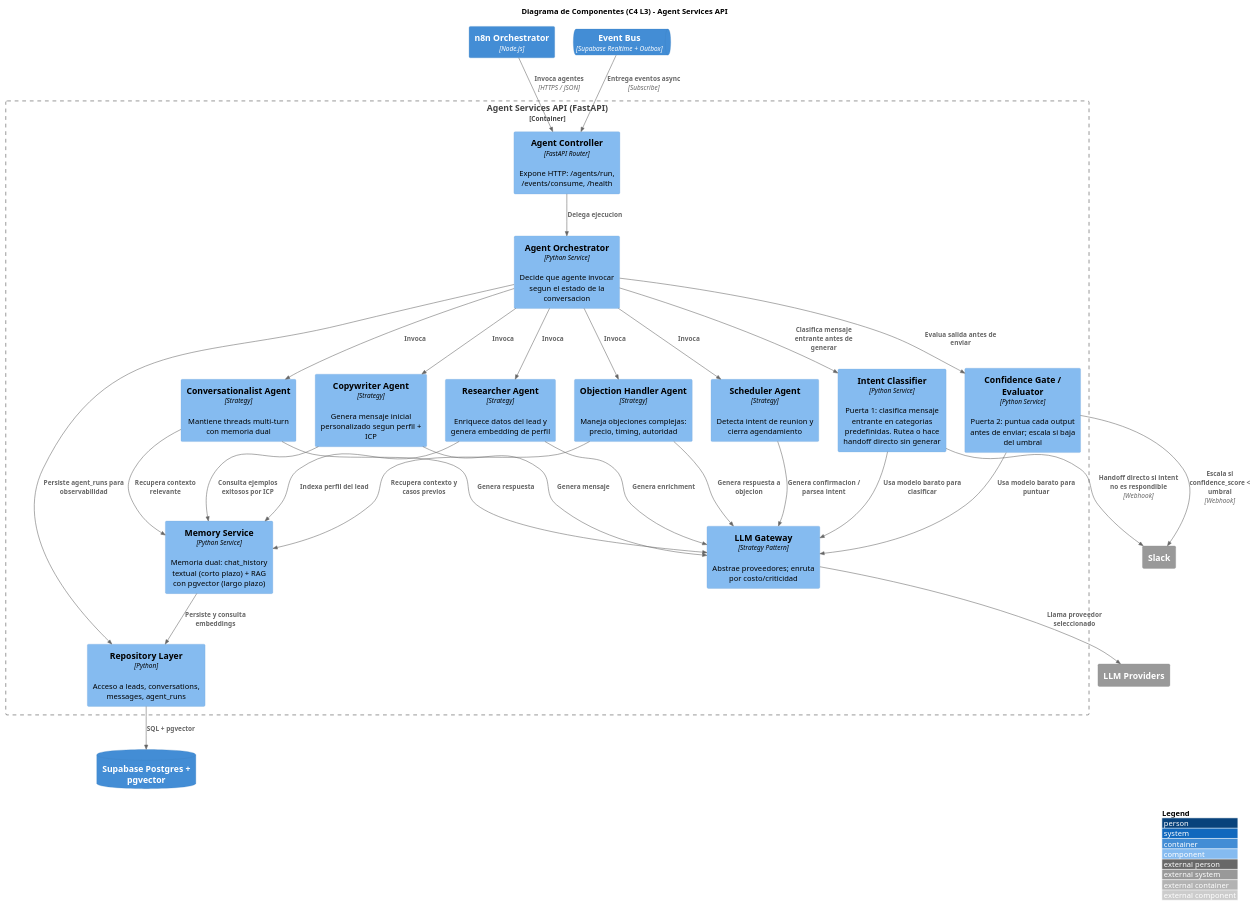
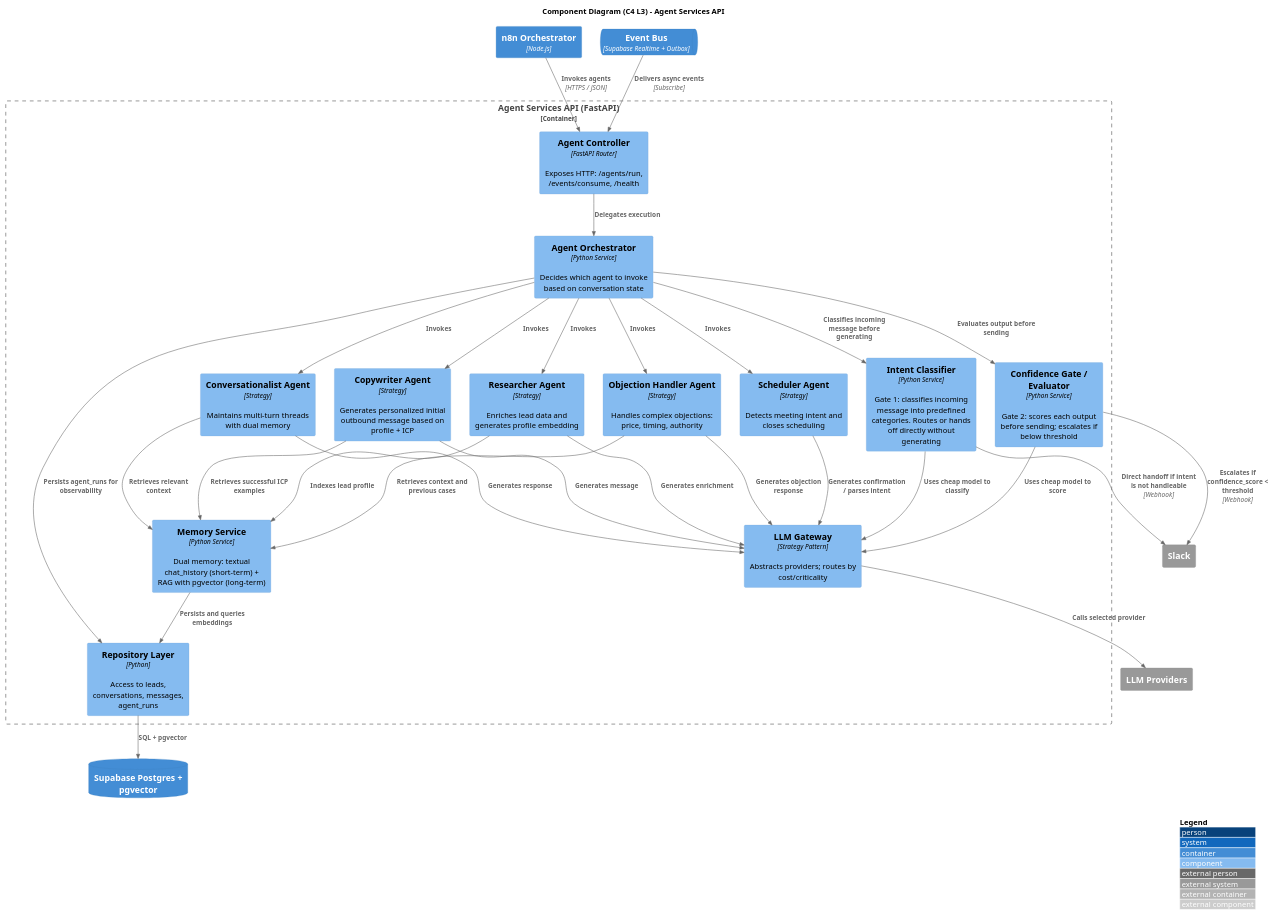
The third of 5 diagrams in docs/arquitectura-zolvo.md (esyepesv/zolvo-prototype), drawn with PlantUML before and after one commit. The commit also changed other lines of this file and 10 other files, not shown here.

First line of the commit message:
docs: translate all documentation to English; add Docker support and graphical dashboard

````diff
--- a/docs/arquitectura-zolvo.md
+++ b/docs/arquitectura-zolvo.md
@@ -308,68 +308,68 @@
 ```plantuml
 @startuml C4_Component_AgentServices
 !include https://raw.githubusercontent.com/plantuml-stdlib/C4-PlantUML/master/C4_Component.puml
 
 LAYOUT_WITH_LEGEND()
-title Diagrama de Componentes (C4 L3) - Agent Services API
+title Component Diagram (C4 L3) - Agent Services API
 
 Container(n8n, "n8n Orchestrator", "Node.js")
 ContainerQueue(event_bus, "Event Bus", "Supabase Realtime + Outbox")
 ContainerDb(db, "Supabase Postgres + pgvector")
 System_Ext(llm, "LLM Providers")
 System_Ext(slack, "Slack")
 
 Container_Boundary(api, "Agent Services API (FastAPI)") {
-    Component(controller, "Agent Controller", "FastAPI Router", "Expone HTTP: /agents/run, /events/consume, /health")
-    Component(orchestrator, "Agent Orchestrator", "Python Service", "Decide que agente invocar segun el estado de la conversacion")
+    Component(controller, "Agent Controller", "FastAPI Router", "Exposes HTTP: /agents/run, /events/consume, /health")
+    Component(orchestrator, "Agent Orchestrator", "Python Service", "Decides which agent to invoke based on conversation state")
 
-    Component(intent_classifier, "Intent Classifier", "Python Service", "Puerta 1: clasifica mensaje entrante en categorias predefinidas. Rutea o hace handoff directo sin generar")
+    Component(intent_classifier, "Intent Classifier", "Python Service", "Gate 1: classifies incoming message into predefined categories. Routes or hands off directly without generating")
 
-    Component(researcher, "Researcher Agent", "Strategy", "Enriquece datos del lead y genera embedding de perfil")
-    Component(copywriter, "Copywriter Agent", "Strategy", "Genera mensaje inicial personalizado segun perfil + ICP")
-    Component(conversationalist, "Conversationalist Agent", "Strategy", "Mantiene threads multi-turn con memoria dual")
-    Component(objection_handler, "Objection Handler Agent", "Strategy", "Maneja objeciones complejas: precio, timing, autoridad")
-    Component(scheduler, "Scheduler Agent", "Strategy", "Detecta intent de reunion y cierra agendamiento")
+    Component(researcher, "Researcher Agent", "Strategy", "Enriches lead data and generates profile embedding")
+    Component(copywriter, "Copywriter Agent", "Strategy", "Generates personalized initial outbound message based on profile + ICP")
+    Component(conversationalist, "Conversationalist Agent", "Strategy", "Maintains multi-turn threads with dual memory")
+    Component(objection_handler, "Objection Handler Agent", "Strategy", "Handles complex objections: price, timing, authority")
+    Component(scheduler, "Scheduler Agent", "Strategy", "Detects meeting intent and closes scheduling")
 
-    Component(evaluator, "Confidence Gate / Evaluator", "Python Service", "Puerta 2: puntua cada output antes de enviar; escala si baja del umbral")
-    Component(memory, "Memory Service", "Python Service", "Memoria dual: chat_history textual (corto plazo) + RAG con pgvector (largo plazo)")
-    Component(llm_gateway, "LLM Gateway", "Strategy Pattern", "Abstrae proveedores; enruta por costo/criticidad")
-    Component(repos, "Repository Layer", "Python", "Acceso a leads, conversations, messages, agent_runs")
+    Component(evaluator, "Confidence Gate / Evaluator", "Python Service", "Gate 2: scores each output before sending; escalates if below threshold")
+    Component(memory, "Memory Service", "Python Service", "Dual memory: textual chat_history (short-term) + RAG with pgvector (long-term)")
+    Component(llm_gateway, "LLM Gateway", "Strategy Pattern", "Abstracts providers; routes by cost/criticality")
+    Component(repos, "Repository Layer", "Python", "Access to leads, conversations, messages, agent_runs")
 }
 
-Rel(n8n, controller, "Invoca agentes", "HTTPS / JSON")
-Rel(event_bus, controller, "Entrega eventos async", "Subscribe")
+Rel(n8n, controller, "Invokes agents", "HTTPS / JSON")
+Rel(event_bus, controller, "Delivers async events", "Subscribe")
 
-Rel(controller, orchestrator, "Delega ejecucion")
+Rel(controller, orchestrator, "Delegates execution")
 
-Rel(orchestrator, intent_classifier, "Clasifica mensaje entrante antes de generar")
-Rel(intent_classifier, llm_gateway, "Usa modelo barato para clasificar")
-Rel(intent_classifier, slack, "Handoff directo si intent no es respondible", "Webhook")
+Rel(orchestrator, intent_classifier, "Classifies incoming message before generating")
+Rel(intent_classifier, llm_gateway, "Uses cheap model to classify")
+Rel(intent_classifier, slack, "Direct handoff if intent is not handleable", "Webhook")
 
-Rel(orchestrator, researcher, "Invoca")
-Rel(orchestrator, copywriter, "Invoca")
-Rel(orchestrator, conversationalist, "Invoca")
-Rel(orchestrator, objection_handler, "Invoca")
-Rel(orchestrator, scheduler, "Invoca")
+Rel(orchestrator, researcher, "Invokes")
+Rel(orchestrator, copywriter, "Invokes")
+Rel(orchestrator, conversationalist, "Invokes")
+Rel(orchestrator, objection_handler, "Invokes")
+Rel(orchestrator, scheduler, "Invokes")
 
-Rel(researcher, memory, "Indexa perfil del lead")
-Rel(conversationalist, memory, "Recupera contexto relevante")
-Rel(objection_handler, memory, "Recupera contexto y casos previos")
-Rel(copywriter, memory, "Consulta ejemplos exitosos por ICP")
+Rel(researcher, memory, "Indexes lead profile")
+Rel(conversationalist, memory, "Retrieves relevant context")
+Rel(objection_handler, memory, "Retrieves context and previous cases")
+Rel(copywriter, memory, "Retrieves successful ICP examples")
 
-Rel(researcher, llm_gateway, "Genera enrichment")
-Rel(copywriter, llm_gateway, "Genera mensaje")
-Rel(conversationalist, llm_gateway, "Genera respuesta")
-Rel(objection_handler, llm_gateway, "Genera respuesta a objecion")
-Rel(scheduler, llm_gateway, "Genera confirmacion / parsea intent")
+Rel(researcher, llm_gateway, "Generates enrichment")
+Rel(copywriter, llm_gateway, "Generates message")
+Rel(conversationalist, llm_gateway, "Generates response")
+Rel(objection_handler, llm_gateway, "Generates objection response")
+Rel(scheduler, llm_gateway, "Generates confirmation / parses intent")
 
-Rel(orchestrator, evaluator, "Evalua salida antes de enviar")
-Rel(evaluator, llm_gateway, "Usa modelo barato para puntuar")
-Rel(evaluator, slack, "Escala si confidence_score < umbral", "Webhook")
+Rel(orchestrator, evaluator, "Evaluates output before sending")
+Rel(evaluator, llm_gateway, "Uses cheap model to score")
+Rel(evaluator, slack, "Escalates if confidence_score < threshold", "Webhook")
 
-Rel(llm_gateway, llm, "Llama proveedor seleccionado")
-Rel(memory, repos, "Persiste y consulta embeddings")
+Rel(llm_gateway, llm, "Calls selected provider")
+Rel(memory, repos, "Persists and queries embeddings")
 Rel(repos, db, "SQL + pgvector")
-Rel(orchestrator, repos, "Persiste agent_runs para observabilidad")
+Rel(orchestrator, repos, "Persists agent_runs for observability")
 
 @enduml
 ```
````
